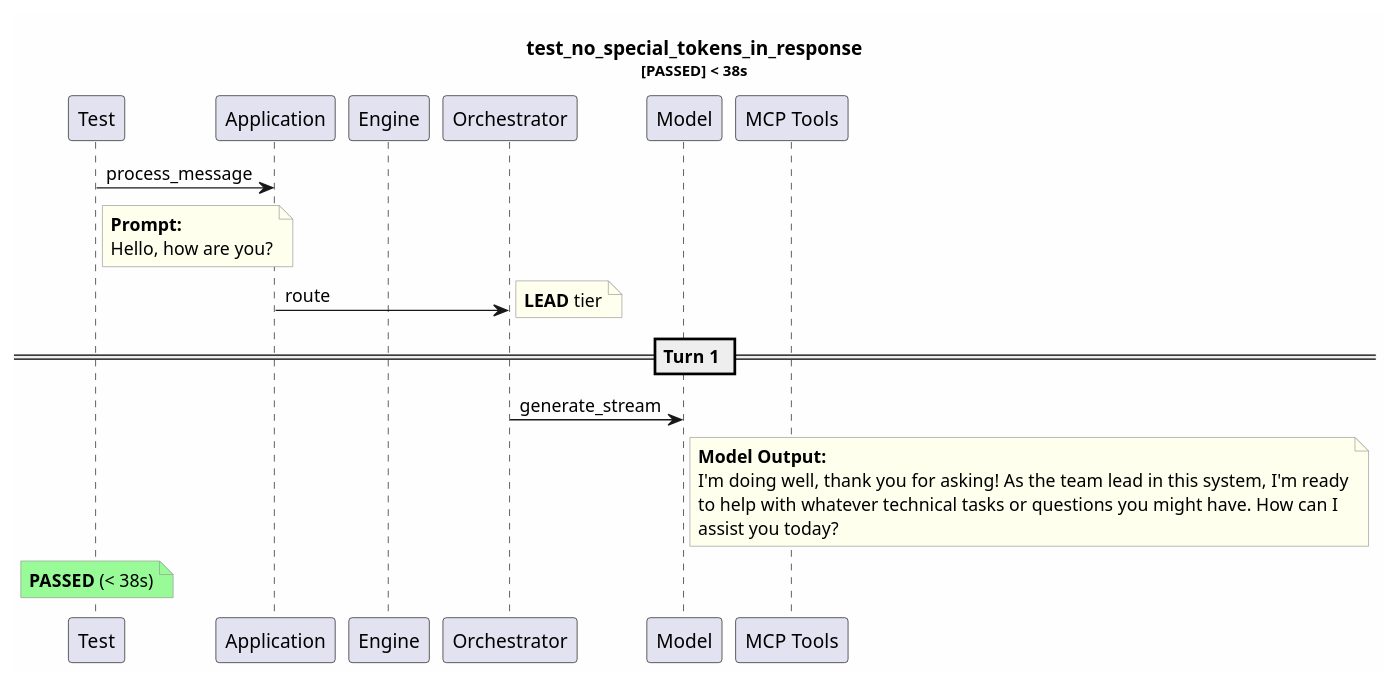
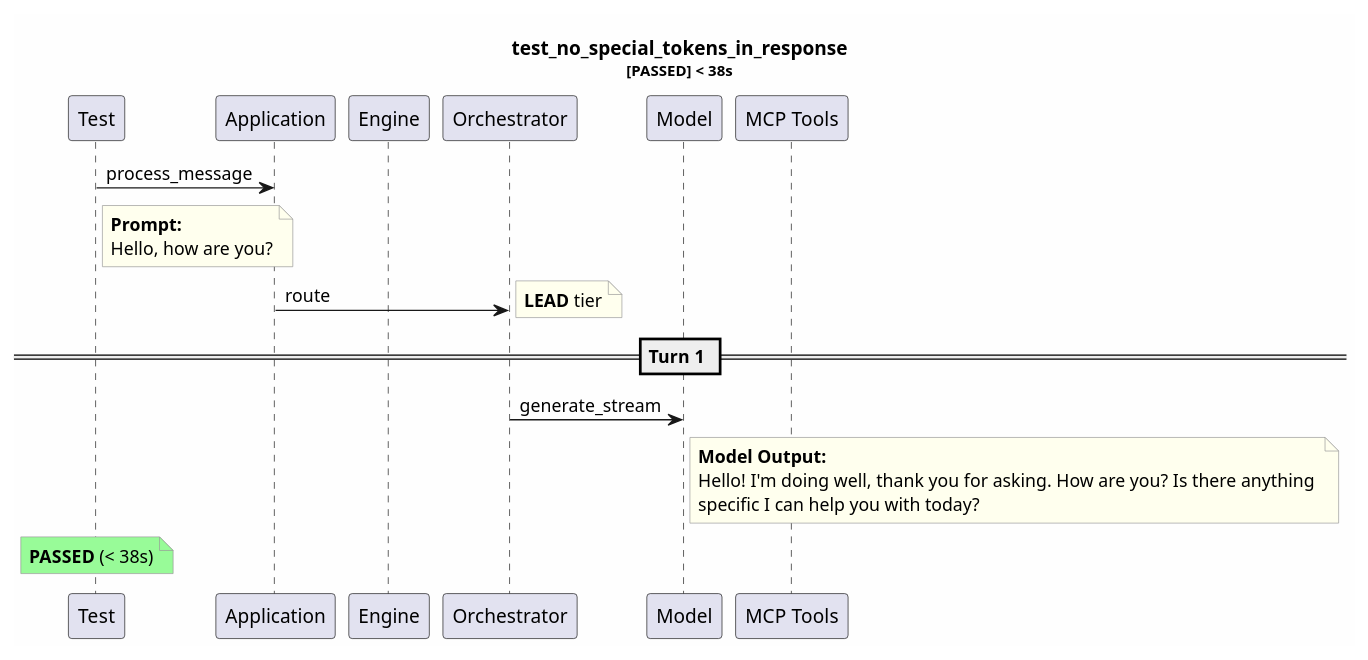
Before and after one commit to tvanfossen/entropic: the diagram in test-reports/logs/test_no_special_tokens_in_response/test_no_special_tokens_in_response.puml, drawn with PlantUML. The commit also changed 11 other files, not shown here.

```diff
--- a/test-reports/logs/test_no_special_tokens_in_response/test_no_special_tokens_in_response.puml
+++ b/test-reports/logs/test_no_special_tokens_in_response/test_no_special_tokens_in_response.puml
@@ -1,33 +1,32 @@
 @startuml
 skinparam backgroundColor #FEFEFE
 skinparam noteBorderColor #999999
 skinparam noteBackgroundColor #FFFFEE
 title test_no_special_tokens_in_response\n<size:11>[PASSED] < 38s</size>
 
 participant "Test" as T
 participant "Application" as App
 participant "Engine" as Eng
 participant "Orchestrator" as Orch
 participant "Model" as Mdl
 participant "MCP Tools" as MCP
 
 T -> App: process_message
 note right of T
   **Prompt:**
   Hello, how are you?
 end note
 App -> Orch: route
 note right: **LEAD** tier
 == Turn 1 ==
 Orch -> Mdl: generate_stream
 note right of Mdl
   **Model Output:**
-  I'm doing well, thank you for asking! As the team lead in this system, I'm ready
-  to help with whatever technical tasks or questions you might have. How can I 
-  assist you today?
+  Hello! I'm doing well, thank you for asking. How are you? Is there anything 
+  specific I can help you with today?
 end note
 note over T #palegreen
   **PASSED** (< 38s)
 end note
 
 @enduml
```
